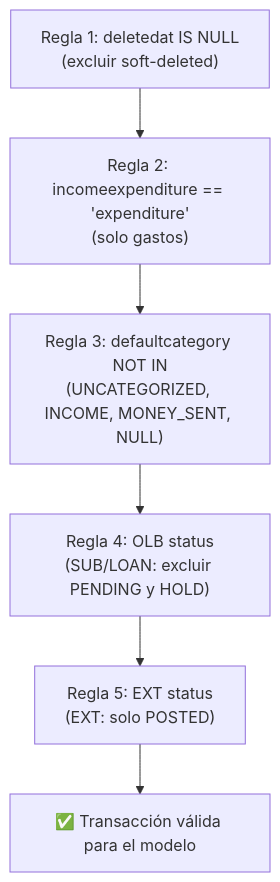
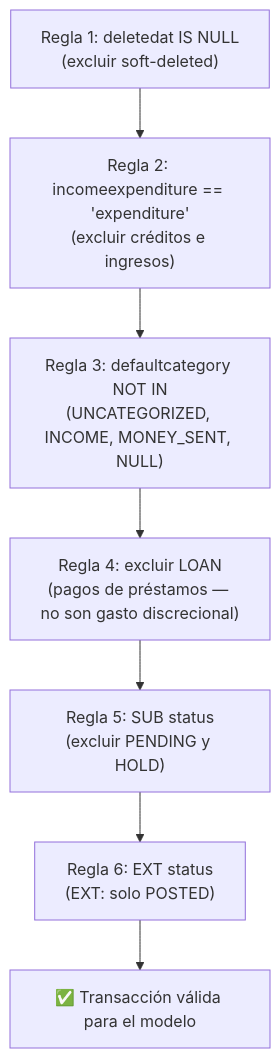
The diagram in docs/codemap/01-core-model/Filters.md (lbetancourth-dev-blossom/smart_budget), drawn with Mermaid before and after one commit. The commit also changed other lines of this file and 10 other files, not shown here.

First line of the commit message:
docs: update documentation for OLB sign fix and LOAN exclusion (Rule 4, 6 rules total)

````diff
--- a/docs/codemap/01-core-model/Filters.md
+++ b/docs/codemap/01-core-model/Filters.md
@@ -20,11 +20,12 @@
 ```mermaid
 flowchart TD
     R1["Regla 1: deletedat IS NULL\n(excluir soft-deleted)"]
-    R2["Regla 2: incomeexpenditure == 'expenditure'\n(solo gastos)"]
+    R2["Regla 2: incomeexpenditure == 'expenditure'\n(excluir créditos e ingresos)"]
     R3["Regla 3: defaultcategory NOT IN\n(UNCATEGORIZED, INCOME, MONEY_SENT, NULL)"]
-    R4["Regla 4: OLB status\n(SUB/LOAN: excluir PENDING y HOLD)"]
-    R5["Regla 5: EXT status\n(EXT: solo POSTED)"]
+    R4["Regla 4: excluir LOAN\n(pagos de préstamos — no son gasto discrecional)"]
+    R5["Regla 5: SUB status\n(excluir PENDING y HOLD)"]
+    R6["Regla 6: EXT status\n(EXT: solo POSTED)"]
     PASS["✅ Transacción válida para el modelo"]
 
-    R1 --> R2 --> R3 --> R4 --> R5 --> PASS
+    R1 --> R2 --> R3 --> R4 --> R5 --> R6 --> PASS
 ```
````
